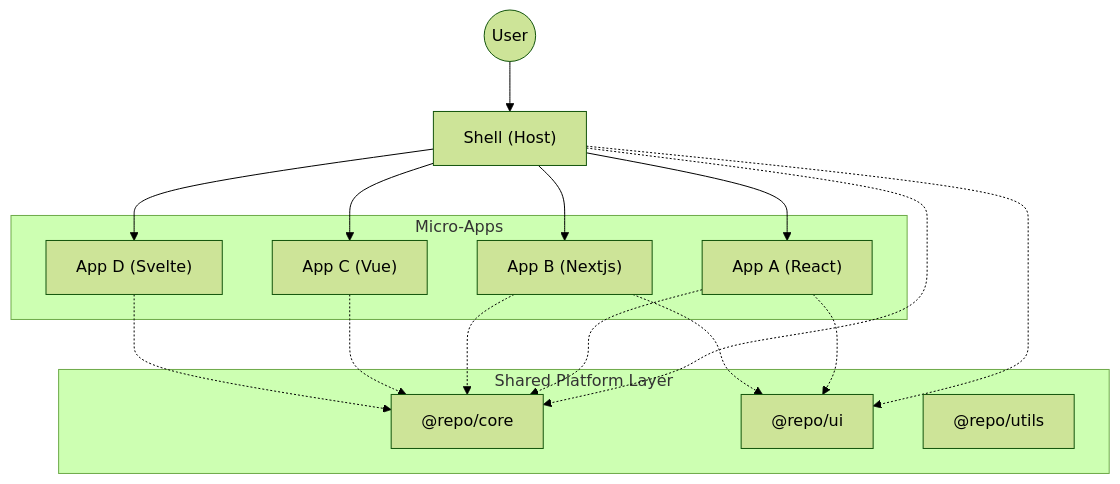
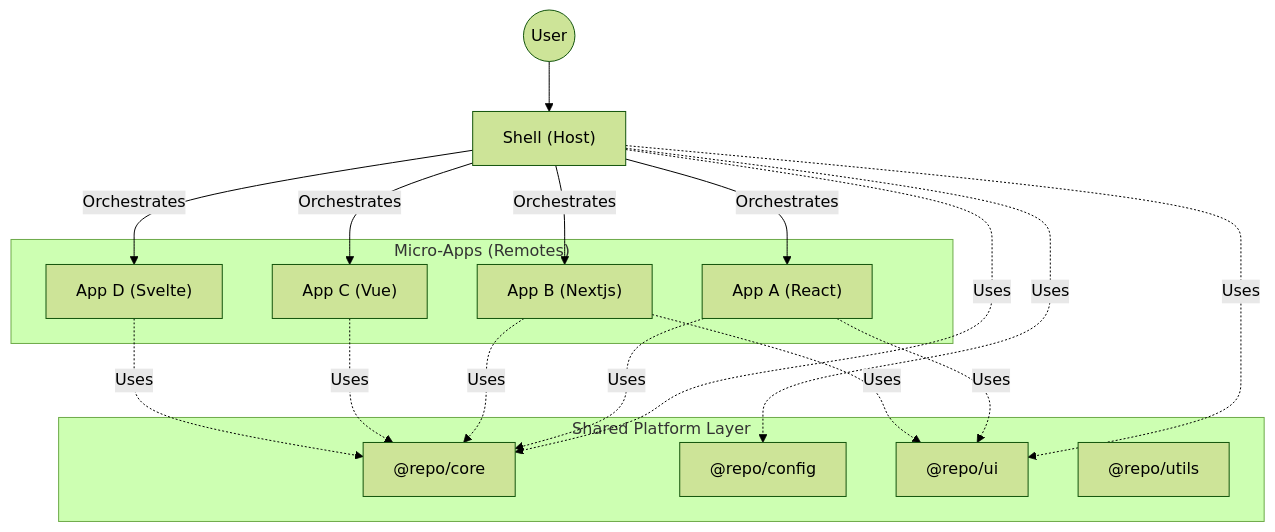
The diagram in docs/ARCHITECTURE.md (tian972k/micro-fontend-base), drawn with Mermaid (forest theme) before and after one commit. The commit also changed other lines of this file and 6 other files, not shown here.

````diff
--- a/docs/ARCHITECTURE.md
+++ b/docs/ARCHITECTURE.md
@@ -12,31 +14,34 @@
 ```mermaid
 graph TD
     User((User)) --> Shell["Shell (Host)"]
 
-    subgraph "Micro-Apps"
+    subgraph "Micro-Apps (Remotes)"
         AppA["App A (React)"]
         AppB["App B (Nextjs)"]
         AppC["App C (Vue)"]
         AppD["App D (Svelte)"]
     end
 
     subgraph "Shared Platform Layer"
         Core["@repo/core"]
+        Config["@repo/config"]
         UI["@repo/ui"]
         Utils["@repo/utils"]
     end
 
-    Shell --> AppA
-    Shell --> AppB
-    Shell --> AppC
-    Shell --> AppD
+    Shell -->|Orchestrates| AppA
+    Shell -->|Orchestrates| AppB
+    Shell -->|Orchestrates| AppC
+    Shell -->|Orchestrates| AppD
 
-    Shell -.-> Core
-    Shell -.-> UI
-    AppA -.-> Core
-    AppA -.-> UI
-    AppB -.-> Core
-    AppB -.-> UI
-    AppC -.-> Core
-    AppD -.-> Core
+    Shell -.->|Uses| Core
+    Shell -.->|Uses| UI
+    Shell -.->|Uses| Config
+
+    AppA -.->|Uses| Core
+    AppA -.->|Uses| UI
+    AppB -.->|Uses| Core
+    AppB -.->|Uses| UI
+    AppC -.->|Uses| Core
+    AppD -.->|Uses| Core
 ```
````
